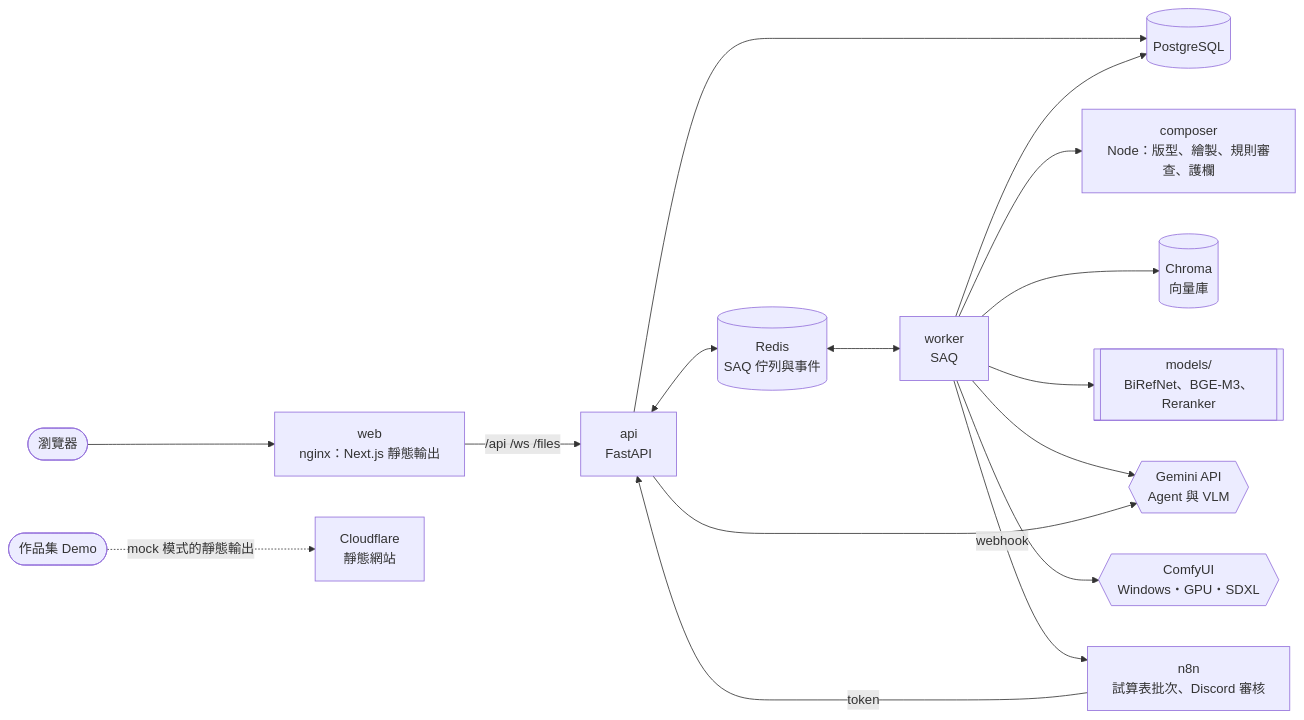
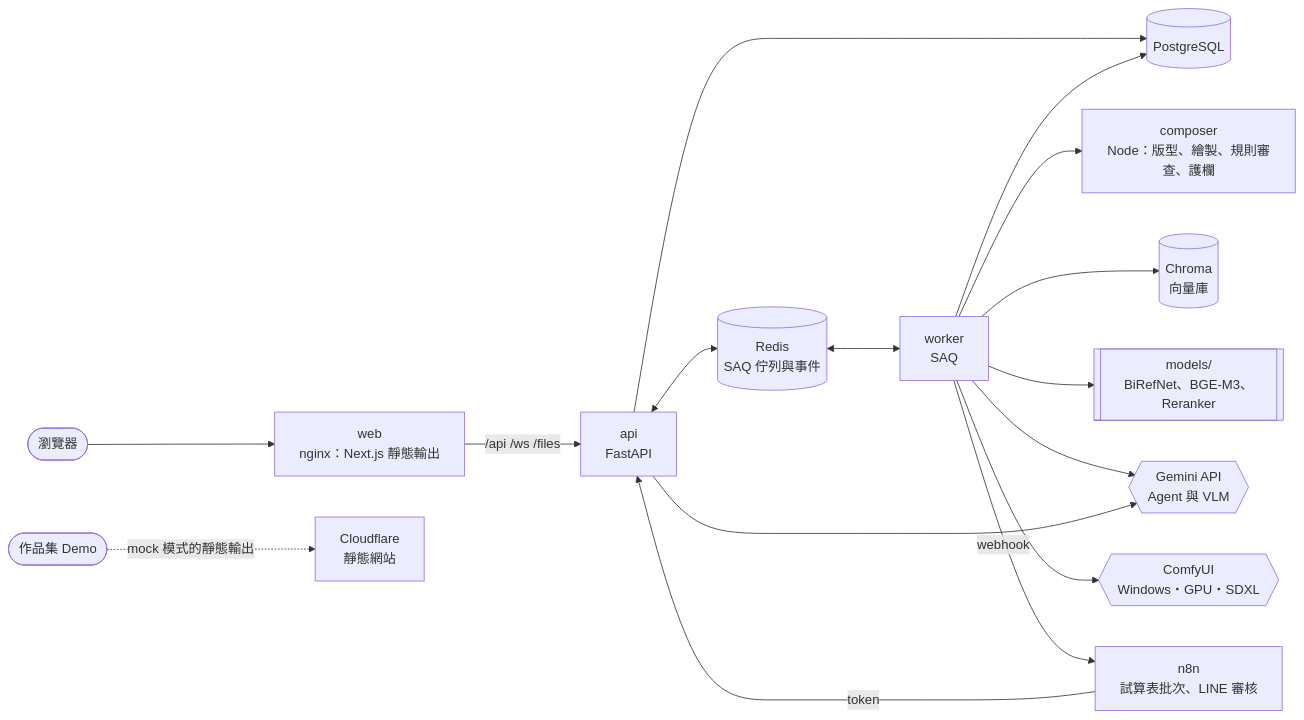
One commit to kayla162/genai-agent-studio changed the second of 2 diagrams in README.md. Above: the diagram before and after it, drawn with Mermaid. The commit also changed other lines of this file and 9 other files, not shown here.

````diff
--- a/README.md
+++ b/README.md
@@ -119,18 +119,18 @@
 ```mermaid
 flowchart LR
   browser([瀏覽器]) --> web[web<br/>nginx：Next.js 靜態輸出]
   web -- /api /ws /files --> api[api<br/>FastAPI]
   api --> pg[(PostgreSQL)]
   api <--> redis[(Redis<br/>SAQ 佇列與事件)]
   redis <--> worker[worker<br/>SAQ]
   worker --> pg
   worker --> composer[composer<br/>Node：版型、繪製、規則審查、護欄]
   worker --> chroma[(Chroma<br/>向量庫)]
   worker --> models[[models/<br/>BiRefNet、BGE-M3、Reranker]]
   worker --> gemini{{Gemini API<br/>Agent 與 VLM}}
   worker --> comfy{{ComfyUI<br/>Windows・GPU・SDXL}}
   api --> gemini
-  n8n[n8n<br/>試算表批次、Discord 審核] -- token --> api
+  n8n[n8n<br/>試算表批次、LINE 審核] -- token --> api
   worker -- webhook --> n8n
   demo([作品集 Demo]) -. mock 模式的靜態輸出 .-> cf[Cloudflare<br/>靜態網站]
 ```
````
